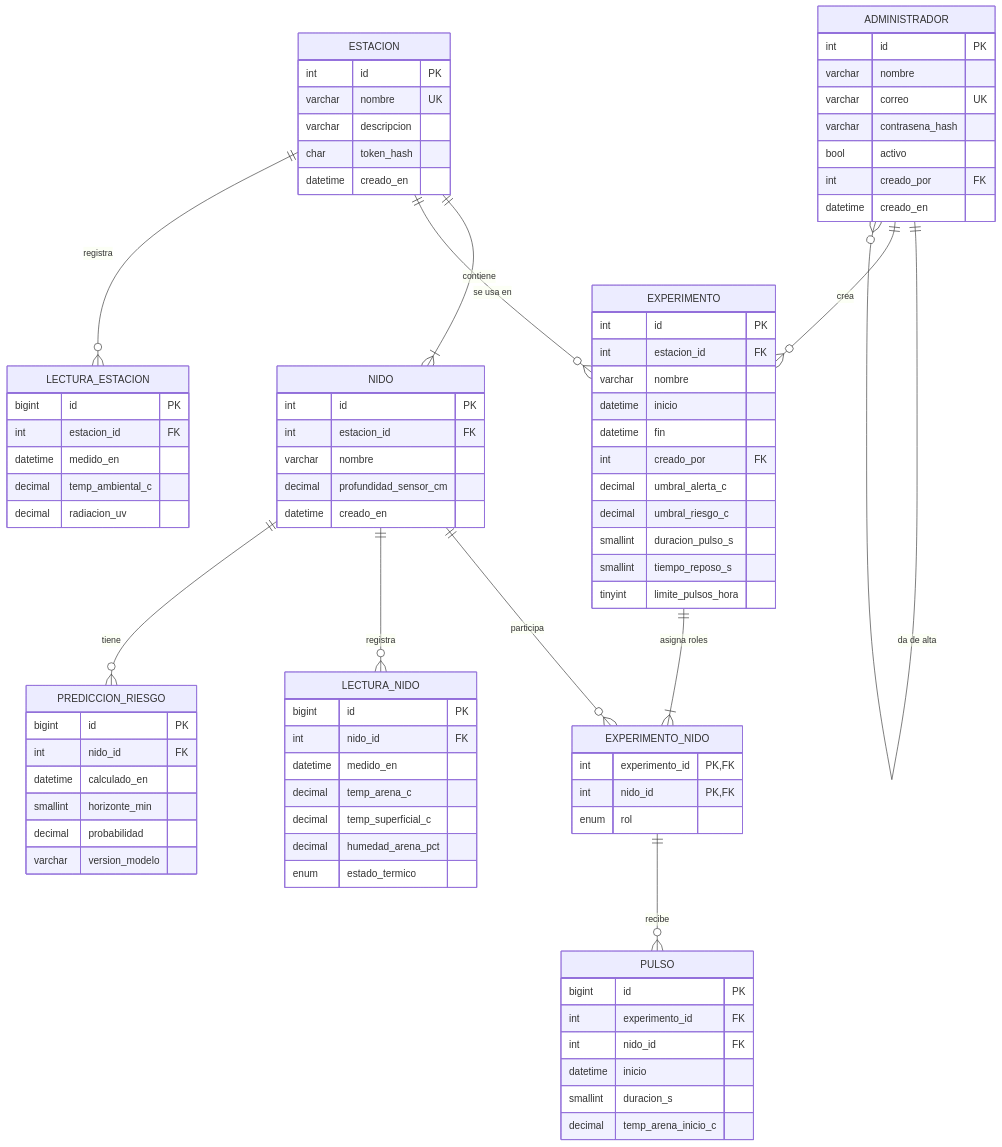
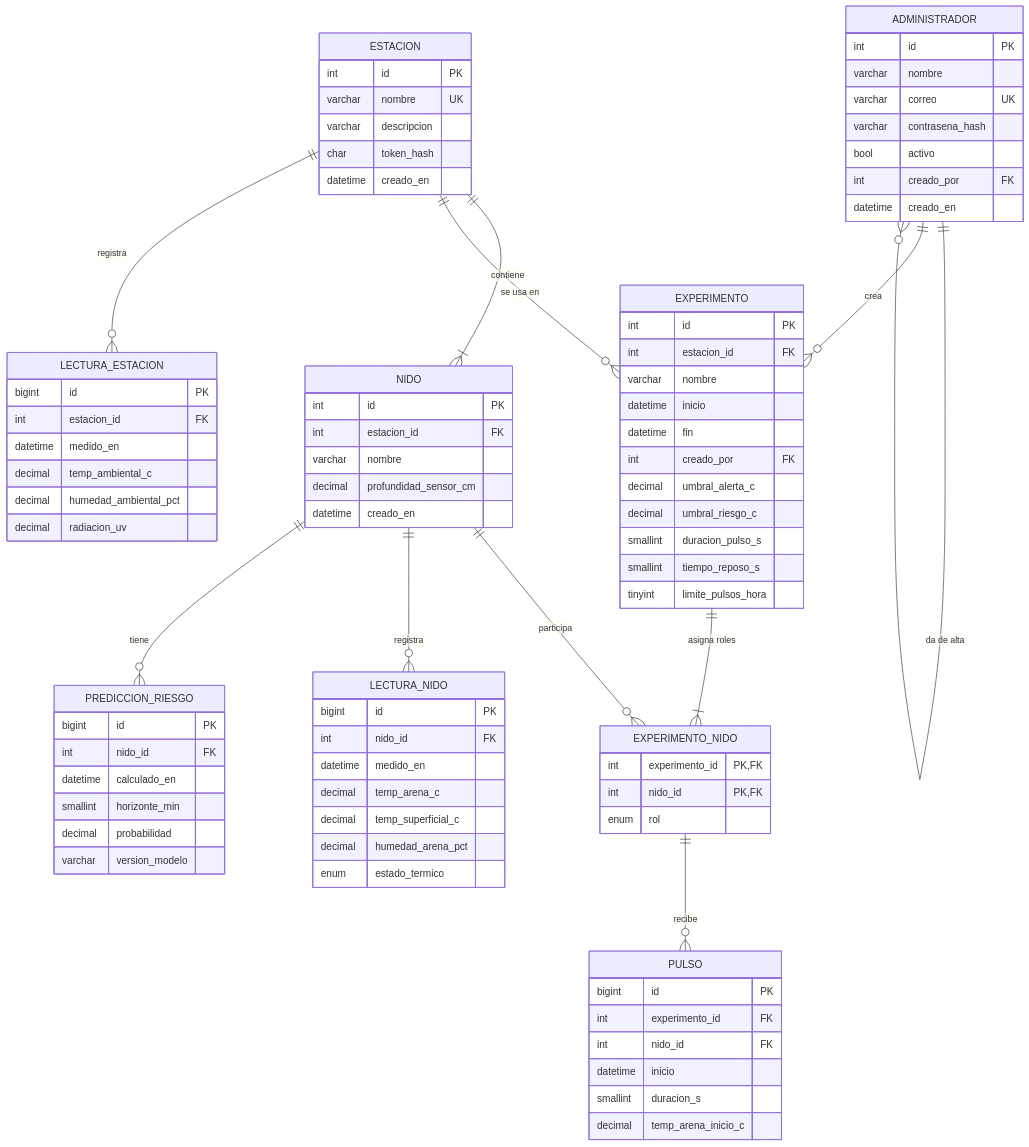
One commit to omar2702xx/NIDOVA changed the diagram in docs/bd/modelo-de-datos.md. Above: the diagram before and after it, drawn with Mermaid. The commit also changed other lines of this file and 2 other files, not shown here.

First line of the commit message:
Agregar humedad ambiental (DHT11) a la lectura de estación

```diff
--- a/docs/bd/modelo-de-datos.md
+++ b/docs/bd/modelo-de-datos.md
@@ -72,6 +72,7 @@
         int estacion_id FK
         datetime medido_en
         decimal temp_ambiental_c
+        decimal humedad_ambiental_pct
         decimal radiacion_uv
     }
     PULSO {
```
